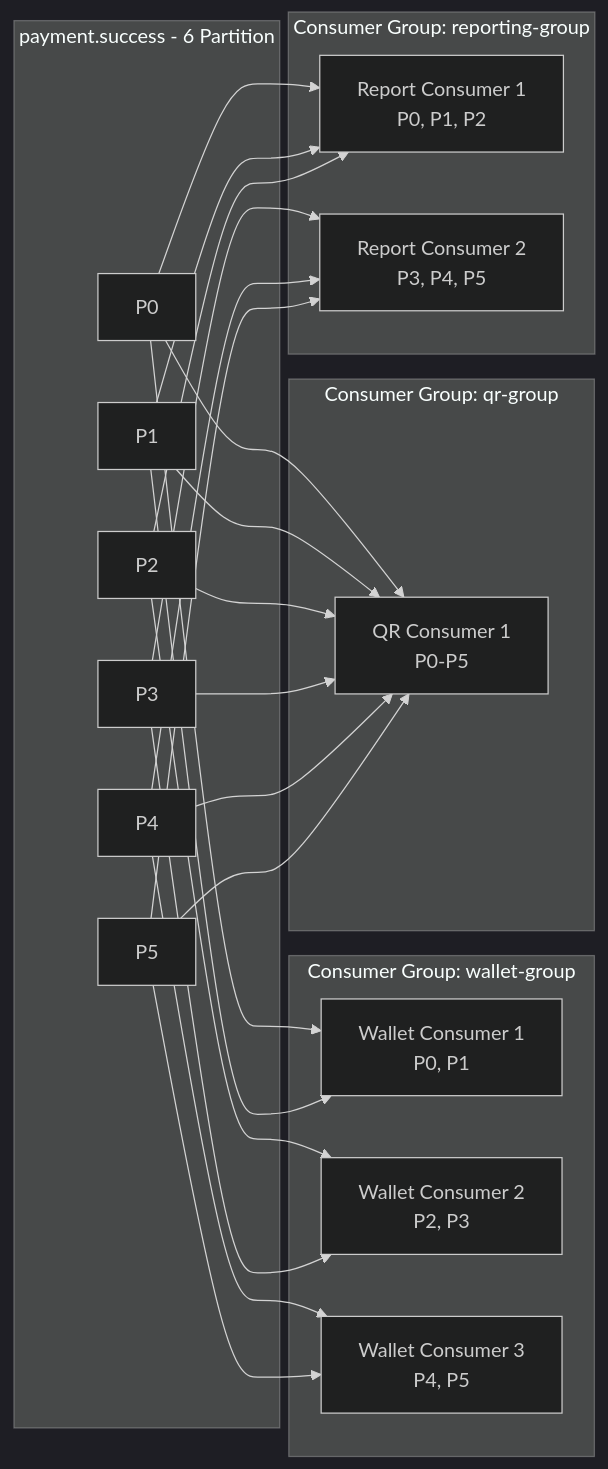
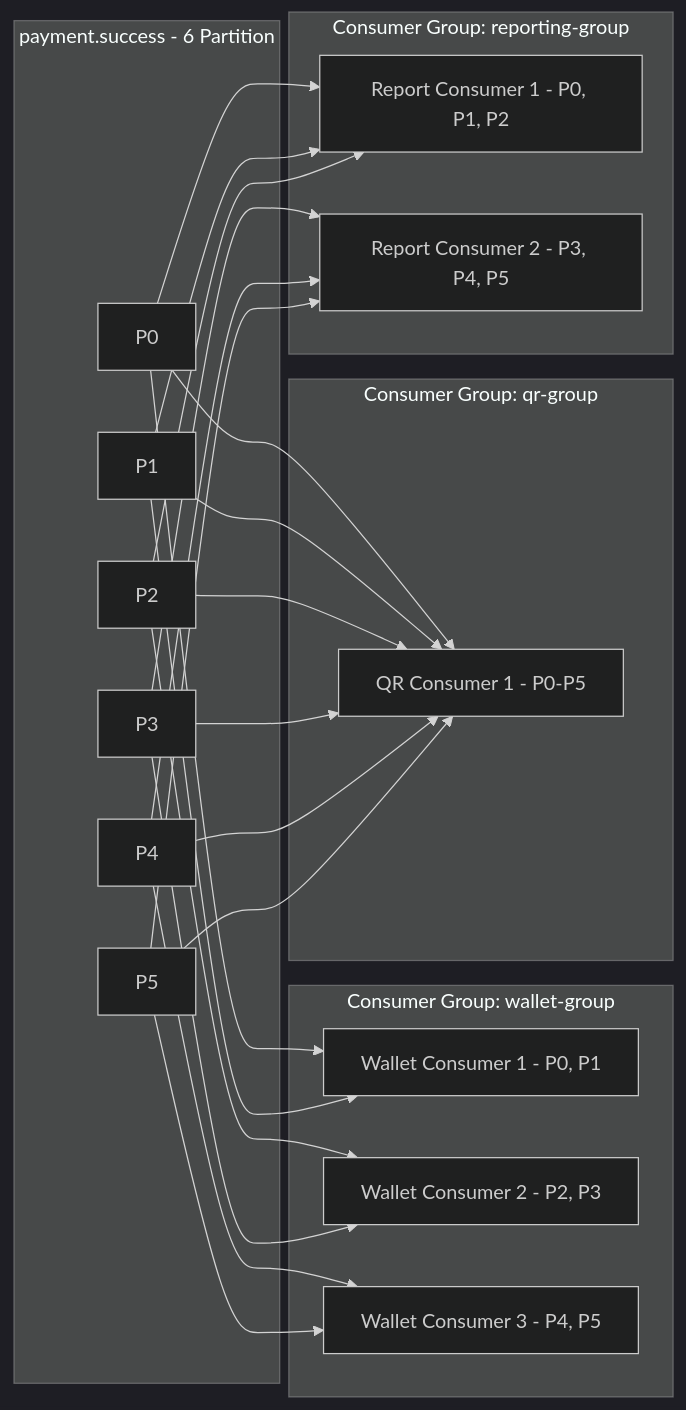
Before and after one commit to js-lover/qr-payment-system: the third of 3 diagrams in docs/07-infrastructure/README.md, drawn with Mermaid (dark theme). The commit also changed other lines of this file and 8 other files, not shown here.

First line of the commit message:
fix: resolve Mermaid diagram parse errors on GitHub

````diff
--- a/docs/07-infrastructure/README.md
+++ b/docs/07-infrastructure/README.md
@@ -210,30 +210,30 @@
 ```mermaid
 graph LR
     subgraph Topic [payment.success - 6 Partition]
         P0[P0] & P1[P1] & P2[P2] & P3[P3] & P4[P4] & P5[P5]
     end
 
     subgraph WalletGroup [Consumer Group: wallet-group]
-        W1[Wallet Consumer 1\nP0, P1]
-        W2[Wallet Consumer 2\nP2, P3]
-        W3[Wallet Consumer 3\nP4, P5]
+        W1["Wallet Consumer 1 - P0, P1"]
+        W2["Wallet Consumer 2 - P2, P3"]
+        W3["Wallet Consumer 3 - P4, P5"]
     end
 
     subgraph QRGroup [Consumer Group: qr-group]
-        Q1[QR Consumer 1\nP0-P5]
+        Q1[QR Consumer 1 - P0-P5]
     end
 
     subgraph ReportGroup [Consumer Group: reporting-group]
-        R1[Report Consumer 1\nP0, P1, P2]
-        R2[Report Consumer 2\nP3, P4, P5]
+        R1["Report Consumer 1 - P0, P1, P2"]
+        R2["Report Consumer 2 - P3, P4, P5"]
     end
 
     P0 & P1 --> W1
     P2 & P3 --> W2
     P4 & P5 --> W3
 
     P0 & P1 & P2 & P3 & P4 & P5 --> Q1
 
     P0 & P1 & P2 --> R1
     P3 & P4 & P5 --> R2
 ```
````
